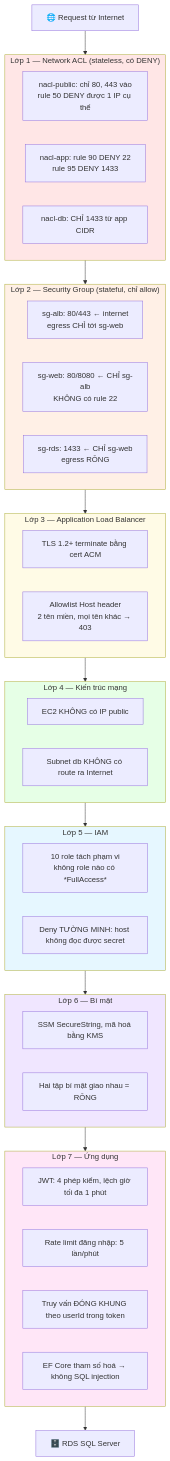
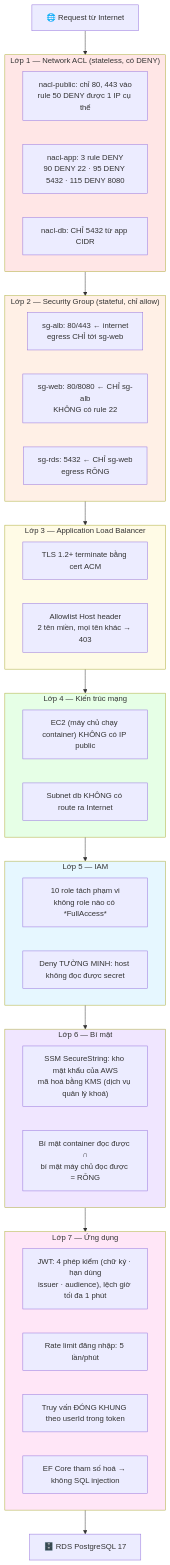
One commit to Elmira-Athena/PBL3 changed the first of 2 diagrams in docs/bao-mat-he-thong.md. Above: the diagram before and after it, drawn with Mermaid. The commit also changed other lines of this file, not shown here.

First line of the commit message:
docs(bao-mat): 3 subagent đọc theo vai người mới — 15 chỗ tắc, 3 lỗi thật

````diff
--- a/docs/bao-mat-he-thong.md
+++ b/docs/bao-mat-he-thong.md
@@ -62,55 +68,55 @@
 ```mermaid
 flowchart TB
     A["🌐 Request từ Internet"]
 
     subgraph L1["Lớp 1 — Network ACL (stateless, có DENY)"]
         L1a["nacl-public: chỉ 80, 443 vào<br/>rule 50 DENY được 1 IP cụ thể"]
-        L1b["nacl-app: rule 90 DENY 22<br/>rule 95 DENY 1433"]
-        L1c["nacl-db: CHỈ 1433 từ app CIDR"]
+        L1b["nacl-app: 3 rule DENY<br/>90 DENY 22 · 95 DENY 5432 · 115 DENY 8080"]
+        L1c["nacl-db: CHỈ 5432 từ app CIDR"]
     end
 
     subgraph L2["Lớp 2 — Security Group (stateful, chỉ allow)"]
         L2a["sg-alb: 80/443 ← internet<br/>egress CHỈ tới sg-web"]
         L2b["sg-web: 80/8080 ← CHỈ sg-alb<br/>KHÔNG có rule 22"]
-        L2c["sg-rds: 1433 ← CHỈ sg-web<br/>egress RỖNG"]
+        L2c["sg-rds: 5432 ← CHỈ sg-web<br/>egress RỖNG"]
     end
 
     subgraph L3["Lớp 3 — Application Load Balancer"]
         L3a["TLS 1.2+ terminate bằng cert ACM"]
         L3b["Allowlist Host header<br/>2 tên miền, mọi tên khác → 403"]
     end
 
     subgraph L4["Lớp 4 — Kiến trúc mạng"]
-        L4a["EC2 KHÔNG có IP public"]
+        L4a["EC2 (máy chủ chạy container) KHÔNG có IP public"]
         L4b["Subnet db KHÔNG có route ra Internet"]
     end
 
     subgraph L5["Lớp 5 — IAM"]
         L5a["10 role tách phạm vi<br/>không role nào có *FullAccess*"]
         L5b["Deny TƯỜNG MINH: host không đọc được secret"]
     end
 
     subgraph L6["Lớp 6 — Bí mật"]
-        L6a["SSM SecureString, mã hoá bằng KMS"]
-        L6b["Hai tập bí mật giao nhau = RỖNG"]
+        L6a["SSM SecureString: kho mật khẩu của AWS<br/>mã hoá bằng KMS (dịch vụ quản lý khoá)"]
+        L6b["Bí mật container đọc được ∩<br/>bí mật máy chủ đọc được = RỖNG"]
     end
 
     subgraph L7["Lớp 7 — Ứng dụng"]
-        L7a["JWT: 4 phép kiểm, lệch giờ tối đa 1 phút"]
+        L7a["JWT: 4 phép kiểm (chữ ký · hạn dùng<br/>issuer · audience), lệch giờ tối đa 1 phút"]
         L7b["Rate limit đăng nhập: 5 lần/phút"]
         L7c["Truy vấn ĐÓNG KHUNG theo userId trong token"]
         L7d["EF Core tham số hoá → không SQL injection"]
     end
 
-    DB["🗄️ RDS SQL Server"]
+    DB["🗄️ RDS PostgreSQL 17"]
 
     A --> L1 --> L2 --> L3 --> L4 --> L5 --> L6 --> L7 --> DB
 
     style L1 fill:#ffe6e6
     style L2 fill:#fff0e6
     style L3 fill:#fffbe6
     style L4 fill:#e6ffe6
     style L5 fill:#e6f7ff
     style L6 fill:#f0e6ff
     style L7 fill:#ffe6f7
 ```
````
